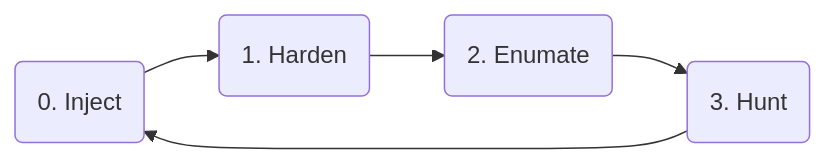
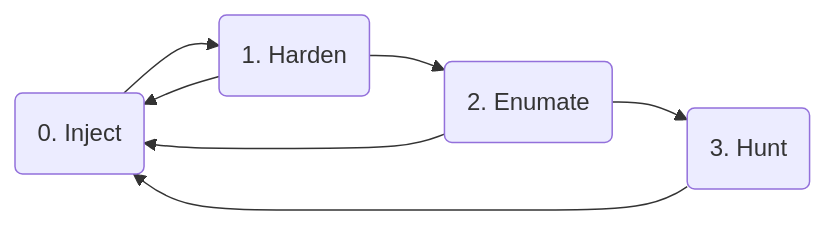
One commit to xnorkl/cyberdefenseclub changed the second of 2 diagrams in playbook/README.md. Above: the diagram before and after it, drawn with Mermaid. The commit also changed other lines of this file, not shown here.

````diff
--- a/playbook/README.md
+++ b/playbook/README.md
@@ -44,7 +44,9 @@
  ```mermaid
 graph LR
 A(0. Inject) --> B(1. Harden)
 B --> C(2. Enumate)
 C --> D(3. Hunt)
+B --> A
+C --> A
 D --> A
 ```
````
